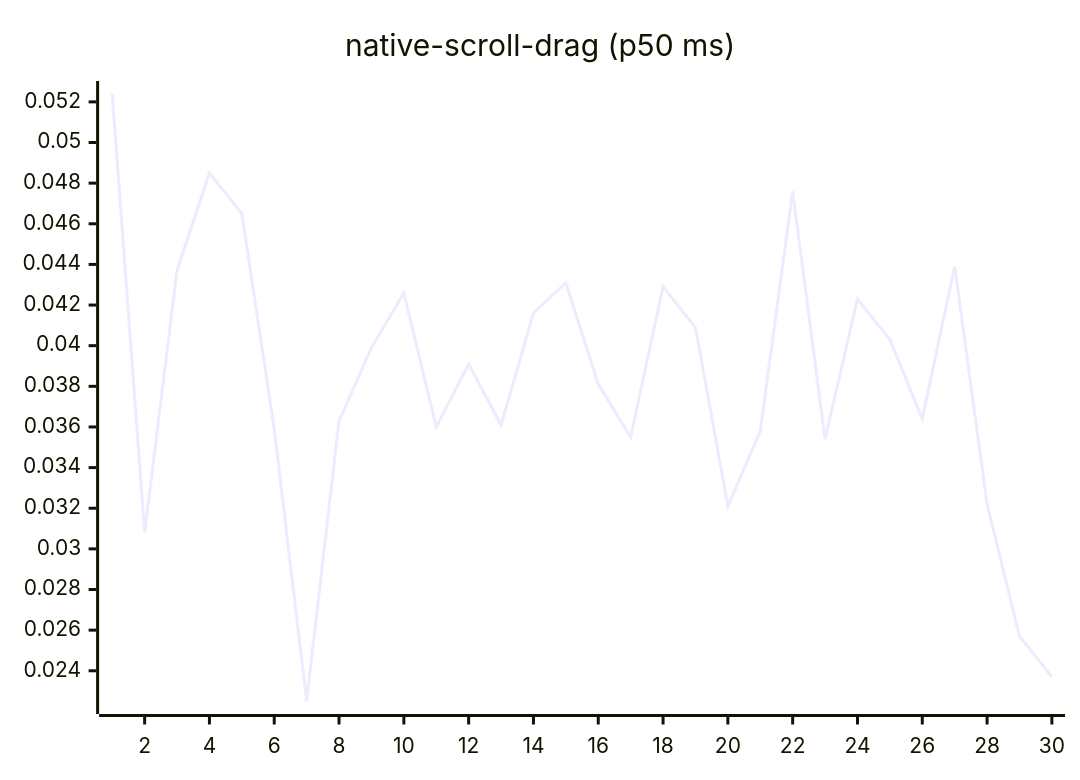
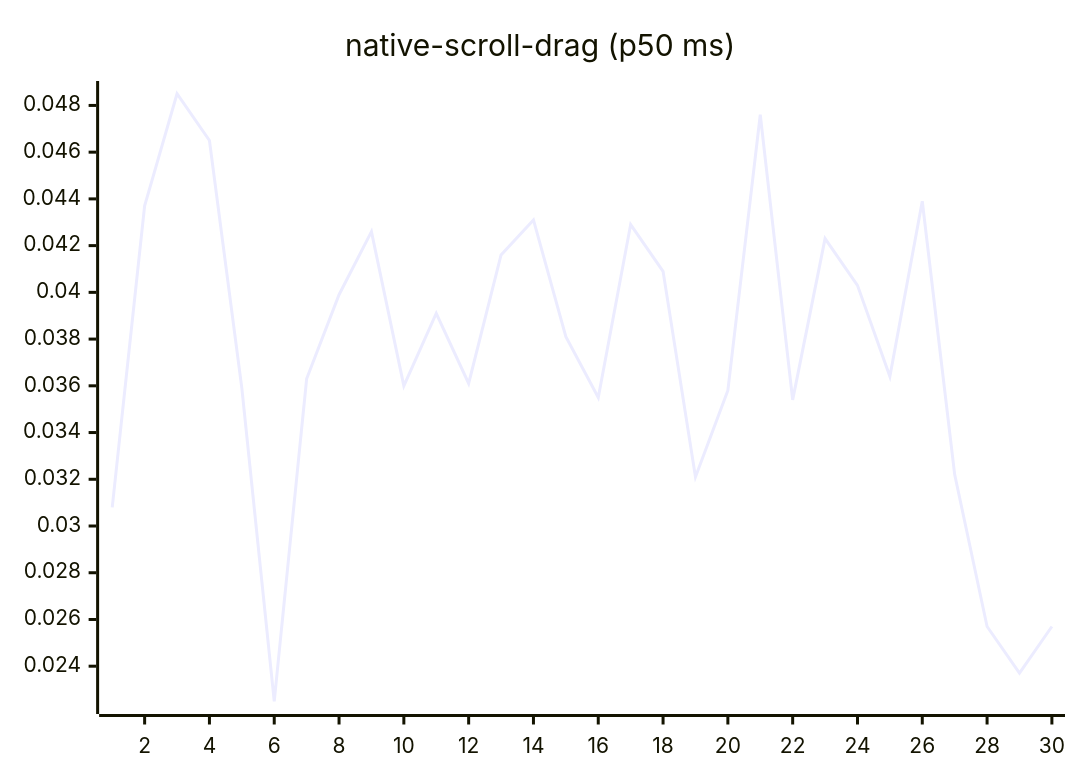
Diagram 14 of 27 in README.md (josha/Facet), drawn with Mermaid before and after one commit. The commit also changed other lines of this file and 2 other files, not shown here.

````diff
--- a/README.md
+++ b/README.md
@@ -154,6 +154,6 @@
 ```mermaid
 xychart-beta
     title "native-scroll-drag (p50 ms)"
     x-axis 1 --> 30
-    line [0.0524, 0.0308, 0.0437, 0.0485, 0.0465, 0.0359, 0.0225, 0.0363, 0.0399, 0.0426, 0.0360, 0.0391, 0.0361, 0.0416, 0.0431, 0.0381, 0.0355, 0.0429, 0.0409, 0.0321, 0.0358, 0.0476, 0.0354, 0.0423, 0.0403, 0.0364, 0.0439, 0.0322, 0.0257, 0.0237]
+    line [0.0308, 0.0437, 0.0485, 0.0465, 0.0359, 0.0225, 0.0363, 0.0399, 0.0426, 0.0360, 0.0391, 0.0361, 0.0416, 0.0431, 0.0381, 0.0355, 0.0429, 0.0409, 0.0321, 0.0358, 0.0476, 0.0354, 0.0423, 0.0403, 0.0364, 0.0439, 0.0322, 0.0257, 0.0237, 0.0257]
 ```
````
